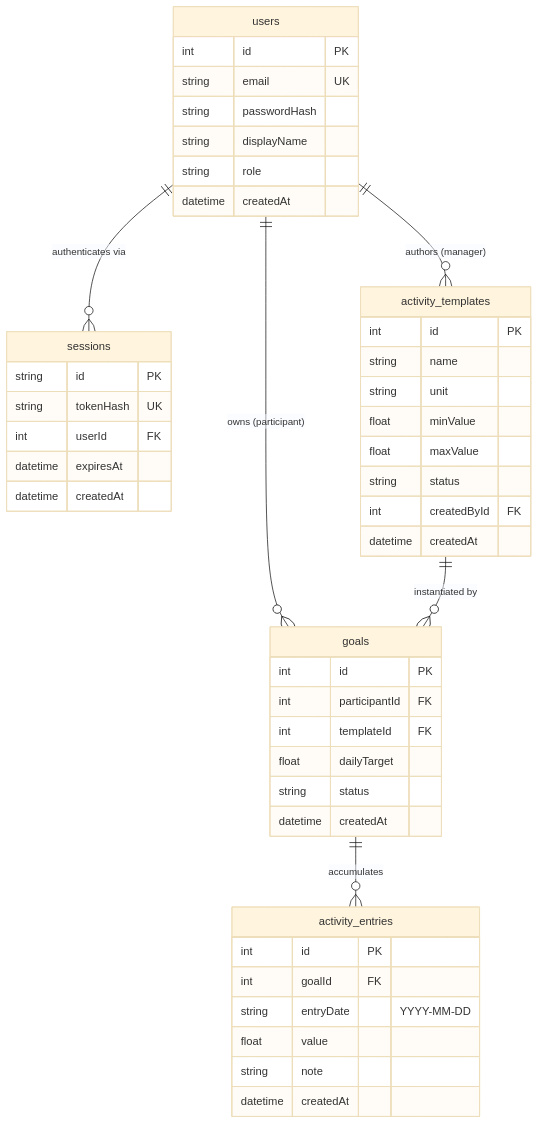
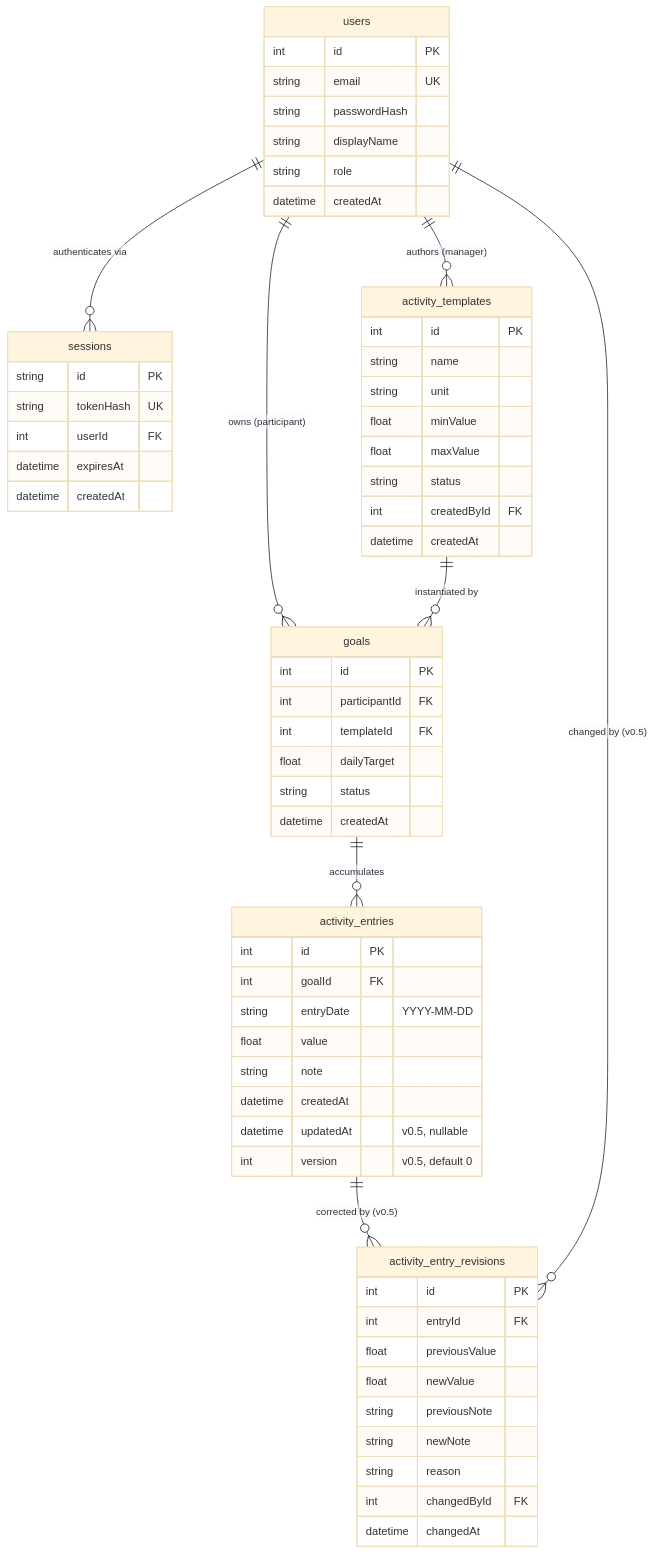
Before and after one commit to SANOP19/cpe334-p8-habit-tracker: the second of 4 diagrams in docs/system-sds.md, drawn with Mermaid (base theme). The commit also changed other lines of this file and 8 other files, not shown here.

````diff
--- a/docs/system-sds.md
+++ b/docs/system-sds.md
@@ -144,54 +158,70 @@
 ```mermaid
 erDiagram
     users ||--o{ sessions : "authenticates via"
     users ||--o{ activity_templates : "authors (manager)"
     users ||--o{ goals : "owns (participant)"
     activity_templates ||--o{ goals : "instantiated by"
     goals ||--o{ activity_entries : "accumulates"
+    activity_entries ||--o{ activity_entry_revisions : "corrected by (v0.5)"
+    users ||--o{ activity_entry_revisions : "changed by (v0.5)"
 
     users {
         int id PK
         string email UK
         string passwordHash
         string displayName
         string role
         datetime createdAt
     }
 
     sessions {
         string id PK
         string tokenHash UK
         int userId FK
         datetime expiresAt
         datetime createdAt
     }
 
     activity_templates {
         int id PK
         string name
         string unit
         float minValue
         float maxValue
         string status
         int createdById FK
         datetime createdAt
     }
 
     goals {
         int id PK
         int participantId FK
         int templateId FK
         float dailyTarget
         string status
         datetime createdAt
     }
 
     activity_entries {
         int id PK
         int goalId FK
         string entryDate "YYYY-MM-DD"
         float value
         string note
         datetime createdAt
+        datetime updatedAt "v0.5, nullable"
+        int version "v0.5, default 0"
+    }
+
+    activity_entry_revisions {
+        int id PK
+        int entryId FK
+        float previousValue
+        float newValue
+        string previousNote
+        string newNote
+        string reason
+        int changedById FK
+        datetime changedAt
     }
 ```
````
